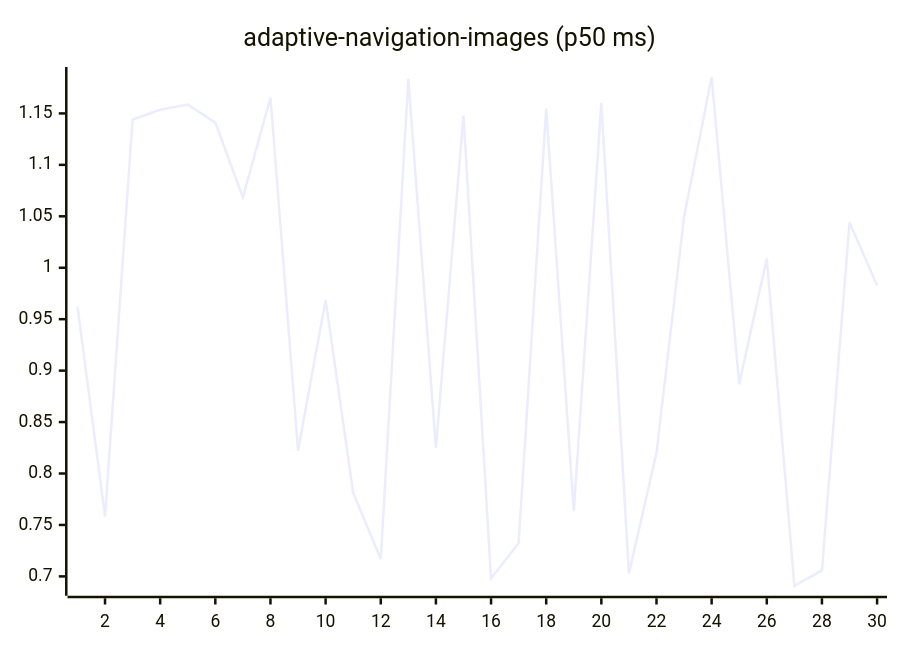
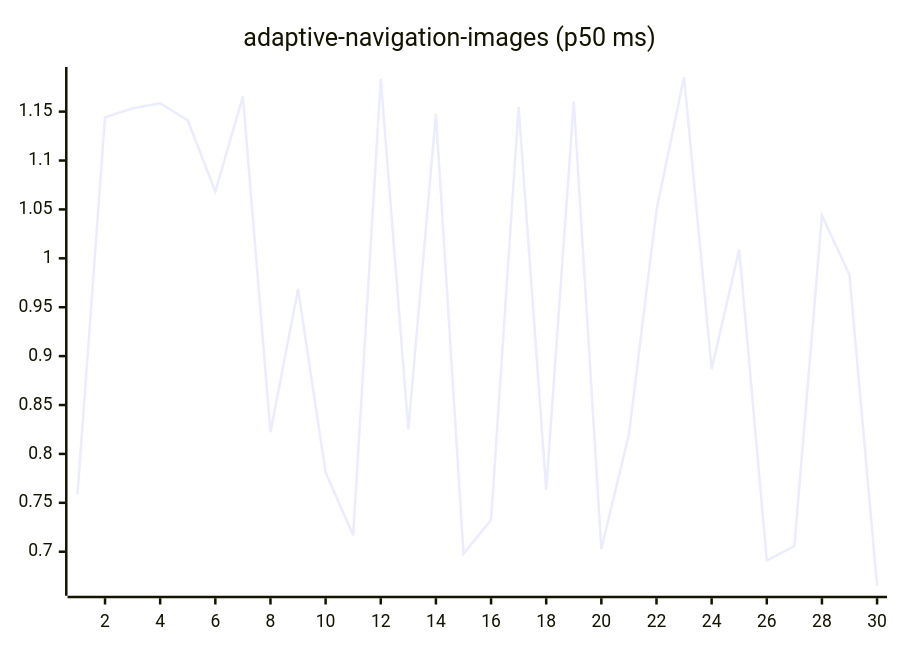
Before and after one commit to josha/Facet: the first of 27 diagrams in README.md, drawn with Mermaid. The commit also changed other lines of this file and 2 other files, not shown here.

````diff
--- a/README.md
+++ b/README.md
@@ -63,6 +63,6 @@
 ```mermaid
 xychart-beta
     title "adaptive-navigation-images (p50 ms)"
     x-axis 1 --> 30
-    line [0.9624, 0.7583, 1.1441, 1.1535, 1.1586, 1.1410, 1.0683, 1.1655, 0.8222, 0.9687, 0.7812, 0.7168, 1.1836, 0.8250, 1.1478, 0.6980, 0.7325, 1.1549, 0.7635, 1.1603, 0.7028, 0.8201, 1.0494, 1.1854, 0.8867, 1.0090, 0.6909, 0.7058, 1.0439, 0.9829]
+    line [0.7583, 1.1441, 1.1535, 1.1586, 1.1410, 1.0683, 1.1655, 0.8222, 0.9687, 0.7812, 0.7168, 1.1836, 0.8250, 1.1478, 0.6980, 0.7325, 1.1549, 0.7635, 1.1603, 0.7028, 0.8201, 1.0494, 1.1854, 0.8867, 1.0090, 0.6909, 0.7058, 1.0439, 0.9829, 0.6652]
 ```
````
